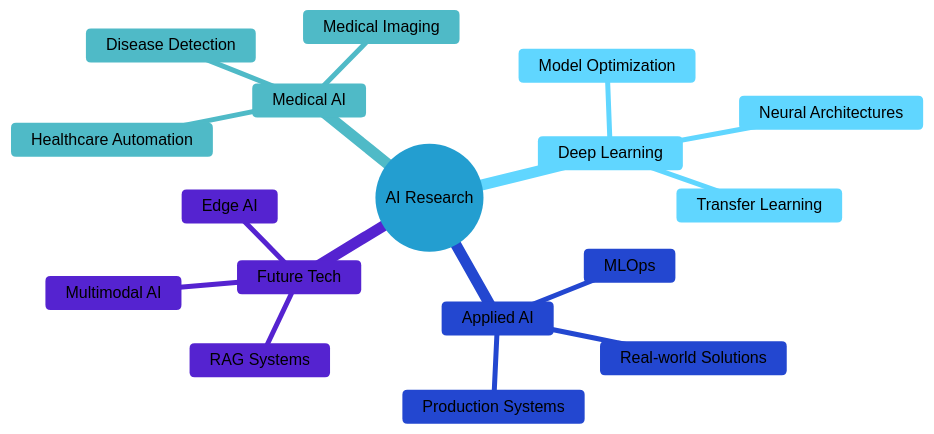
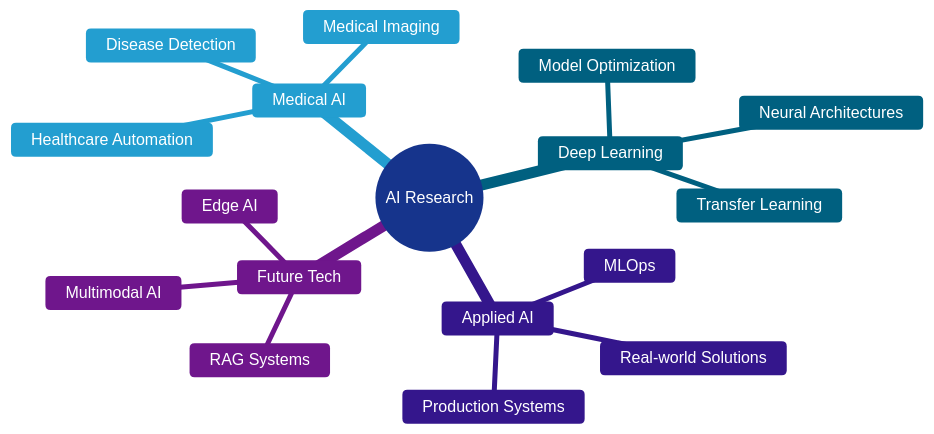
One commit to Ycmmn/Ycmmn changed the diagram in README.md. Above: the diagram before and after it, drawn with Mermaid.

Commit message:
Update Mermaid diagram theme colors in README

````diff
--- a/README.md
+++ b/README.md
@@ -172,21 +172,21 @@
 ```mermaid
-%%{init: {'theme':'base', 'themeVariables': { 'primaryColor':'#87CEEB','primaryTextColor':'#000000','primaryBorderColor':'#1E90FF','lineColor':'#00BFFF','secondaryColor':'#B0E0E6','tertiaryColor':'#E0F7FF','background':'#1a1a1a','mainBkg':'#87CEEB','secondBkg':'#B0E0E6','tertiaryBkg':'#E0F7FF','nodeBorder':'#1E90FF','clusterBkg':'#E0F7FF','clusterBorder':'#00BFFF','titleColor':'#0080FF','edgeLabelBackground':'#E0F7FF','nodeTextColor':'#000000'}}}%%
+%%{init: {'theme':'base', 'themeVariables': { 'primaryColor':'#4169E1','primaryTextColor':'#FFFFFF','primaryBorderColor':'#0047AB','lineColor':'#1E90FF','secondaryColor':'#87CEEB','secondaryTextColor':'#000000','secondaryBorderColor':'#4682B4','tertiaryColor':'#00BFFF','tertiaryTextColor':'#000000','tertiaryBorderColor':'#1E90FF','background':'#0d1117','mainBkg':'#4169E1','secondBkg':'#87CEEB','tertiaryBkg':'#00BFFF','nodeBorder':'#0047AB','clusterBkg':'#E0F7FF','clusterBorder':'#4682B4','titleColor':'#1E90FF','edgeLabelBackground':'#E0F7FF','nodeTextColor':'#FFFFFF'}}}%%
 mindmap
   root((AI Research))
     Medical AI
       Disease Detection
       Medical Imaging
       Healthcare Automation
     Deep Learning
       Neural Architectures
       Transfer Learning
       Model Optimization
     Applied AI
       Production Systems
       MLOps
       Real-world Solutions
     Future Tech
       RAG Systems
       Multimodal AI
       Edge AI
 ```
````
